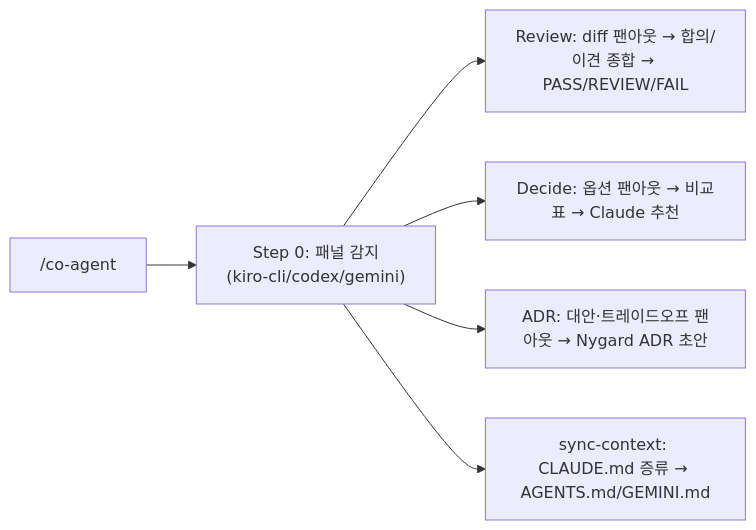
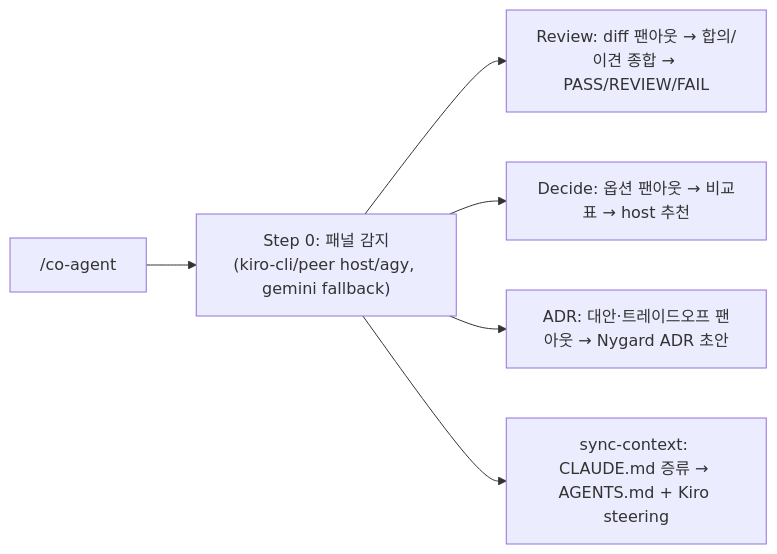
Before and after one commit to Atom-oh/oh-my-cloud-skills: the diagram in docs/docs/co-agent/overview.md, drawn with Mermaid. The commit also changed other lines of this file and 14 other files, not shown here.

First line of the commit message:
docs(co-agent): docusaurus pages, READMEs, root CLAUDE/AGENTS for harness+setup+kiro-cli

````diff
--- a/docs/docs/co-agent/overview.md
+++ b/docs/docs/co-agent/overview.md
@@ -43,8 +48,8 @@
 ```mermaid
 flowchart LR
-    A["/co-agent"] --> P["Step 0: 패널 감지<br/>(kiro-cli/codex/gemini)"]
+    A["/co-agent"] --> P["Step 0: 패널 감지<br/>(kiro-cli/peer host/agy, gemini fallback)"]
     P --> R["Review: diff 팬아웃 → 합의/이견 종합 → PASS/REVIEW/FAIL"]
-    P --> D["Decide: 옵션 팬아웃 → 비교표 → Claude 추천"]
+    P --> D["Decide: 옵션 팬아웃 → 비교표 → host 추천"]
     P --> ADR["ADR: 대안·트레이드오프 팬아웃 → Nygard ADR 초안"]
-    P --> S["sync-context: CLAUDE.md 증류 → AGENTS.md/GEMINI.md"]
+    P --> S["sync-context: CLAUDE.md 증류 → AGENTS.md + Kiro steering"]
 ```
````
